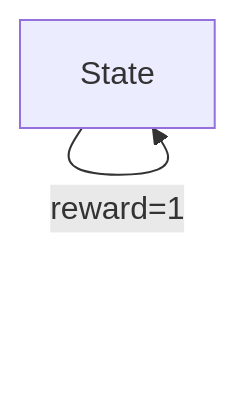
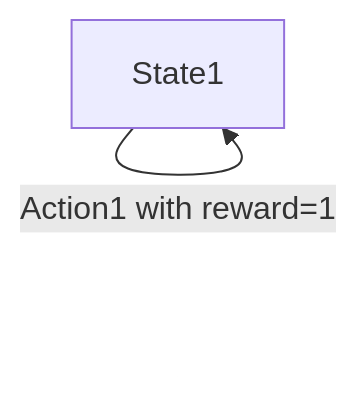
Before and after one commit to vackosar/vackosar.github.io: the first of 2 diagrams in _posts/2024-02-11-Bellman-Update-and-Synthetic-Data-in-Q-Transformer.md, drawn with Mermaid. The commit also changed other lines of this file and 1 other file, not shown here.

Commit message:
mermaid diagram

```diff
--- a/_posts/2024-02-11-Bellman-Update-and-Synthetic-Data-in-Q-Transformer.md
+++ b/_posts/2024-02-11-Bellman-Update-and-Synthetic-Data-in-Q-Transformer.md
@@ -35,4 +35,4 @@
 <div class="mermaid">
     flowchart TD
-    State -- reward=1 --> State
+    State1 -- "Action1 with reward=1" --> State1
 </div>
```
